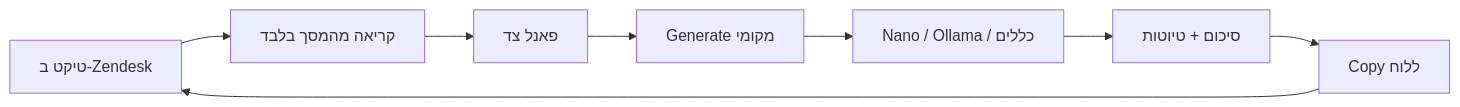
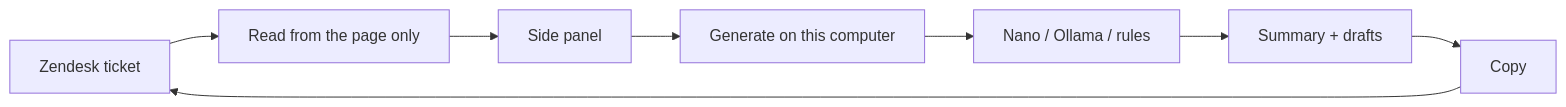
Before and after one commit to Omri-Gendler/zendesk-whisperer: the diagram in README.md, drawn with Mermaid. The commit also changed other lines of this file and 1 other file, not shown here.

First line of the commit message:
docs: switch GitHub landing page and pitch to English

````diff
--- a/README.md
+++ b/README.md
@@ -42,10 +42,10 @@
 ```mermaid
 flowchart LR
-  Z["טיקט ב-Zendesk"] --> C["קריאה מהמסך בלבד"]
-  C --> P["פאנל צד"]
-  P --> G["Generate מקומי"]
-  G --> N["Nano / Ollama / כללים"]
-  N --> S["סיכום + טיוטות"]
-  S --> K["Copy ללוח"]
+  Z["Zendesk ticket"] --> C["Read from the page only"]
+  C --> P["Side panel"]
+  P --> G["Generate on this computer"]
+  G --> N["Nano / Ollama / rules"]
+  N --> S["Summary + drafts"]
+  S --> K["Copy"]
   K --> Z
 ```
````
